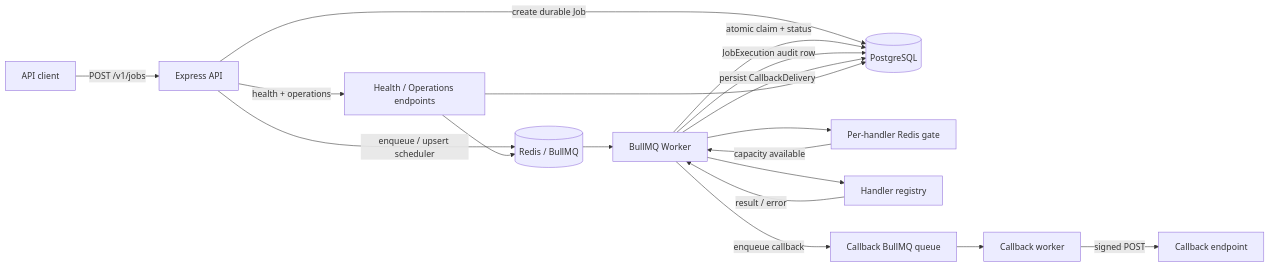
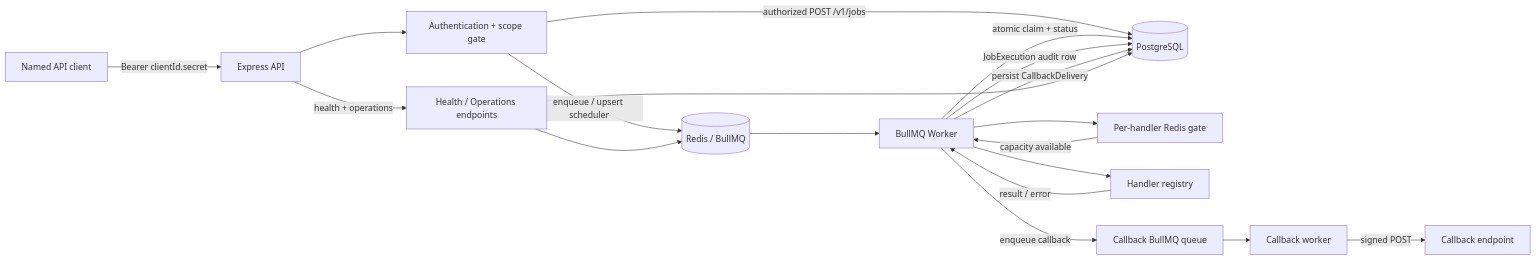
Before and after one commit to AdemolaAdedoyin/taskflow: the diagram in README.md, drawn with Mermaid. The commit also changed other lines of this file, not shown here.

Commit message:
docs: document scoped multi-client authorization

````diff
--- a/README.md
+++ b/README.md
@@ -25,20 +26,21 @@
 ```mermaid
 flowchart LR
-    Client[API client] -->|POST /v1/jobs| API[Express API]
-    API -->|create durable Job| PG[(PostgreSQL)]
-    API -->|enqueue / upsert scheduler| Redis[(Redis / BullMQ)]
+    Client[Named API client] -->|Bearer clientId.secret| API[Express API]
+    API --> Auth[Authentication + scope gate]
+    Auth -->|authorized POST /v1/jobs| PG[(PostgreSQL)]
+    Auth -->|enqueue / upsert scheduler| Redis[(Redis / BullMQ)]
     Redis --> Worker[BullMQ Worker]
     Worker --> Gate[Per-handler Redis gate]
     Gate -->|capacity available| Worker
     Worker -->|atomic claim + status| PG
     Worker --> Handler[Handler registry]
     Handler -->|result / error| Worker
     Worker -->|JobExecution audit row| PG
     Worker -->|persist CallbackDelivery| PG
     Worker -->|enqueue callback| CallbackQueue[Callback BullMQ queue]
     CallbackQueue --> CallbackWorker[Callback worker]
     CallbackWorker -->|signed POST| Subscriber[Callback endpoint]
     API -->|health + operations| Ops[Health / Operations endpoints]
     Ops --> PG
     Ops --> Redis
 ```
````
